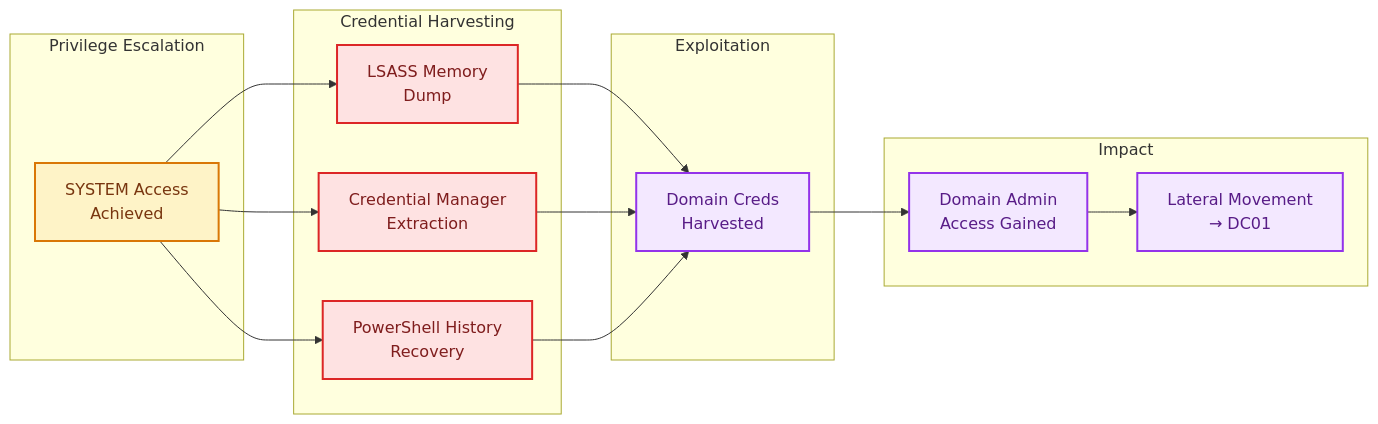
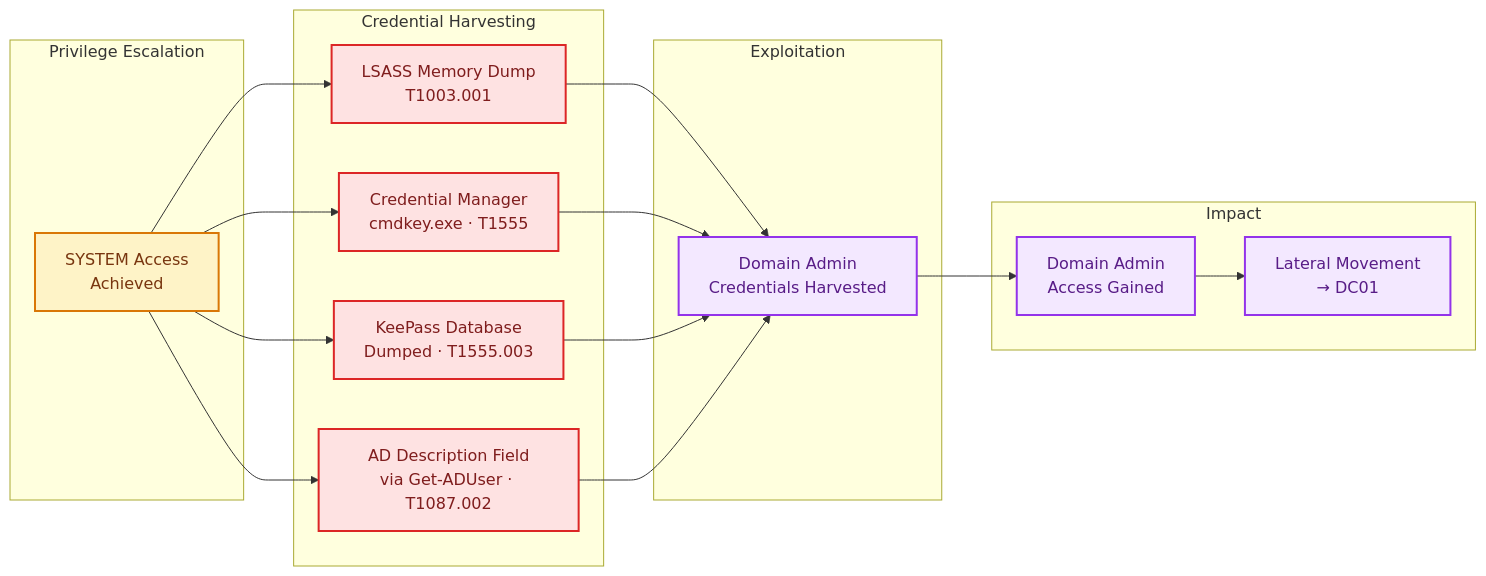
One commit to Danielle-Respes/Hidden-Directive-Threat-Hunt-Investigation-Sentinel-MDE-2026 changed the third of 3 diagrams in README.md. Above: the diagram before and after it, drawn with Mermaid. The commit also changed other lines of this file, not shown here.

````diff
--- a/README.md
+++ b/README.md
@@ -481,38 +487,41 @@
 ```mermaid
 graph LR
     subgraph Escalation["Privilege Escalation"]
         A["SYSTEM Access<br/>Achieved"]
     end
 
     subgraph Harvest["Credential Harvesting"]
-        B["LSASS Memory<br/>Dump"]
-        F["Credential Manager<br/>Extraction"]
-        G["PowerShell History<br/>Recovery"]
+        B["LSASS Memory Dump<br/>T1003.001"]
+        F["Credential Manager<br/>cmdkey.exe · T1555"]
+        G["KeePass Database<br/>Dumped · T1555.003"]
+        H["AD Description Field<br/>via Get-ADUser · T1087.002"]
     end
 
     subgraph Exploit["Exploitation"]
-        C["Domain Creds<br/>Harvested"]
+        C["Domain Admin<br/>Credentials Harvested"]
     end
 
     subgraph Impact["Impact"]
         D["Domain Admin<br/>Access Gained"]
         E["Lateral Movement<br/>→ DC01"]
     end
 
     A --> B
     A --> F
     A --> G
+    A --> H
     B --> C
     F --> C
     G --> C
+    H --> C
     C --> D
     D --> E
 
     classDef escalation fill:#fef3c7,stroke:#d97706,stroke-width:2px,color:#78350f
     classDef harvest fill:#fee2e2,stroke:#dc2626,stroke-width:2px,color:#7f1d1d
     classDef impact fill:#f3e8ff,stroke:#9333ea,stroke-width:2px,color:#581c87
 
     class A escalation
-    class B,F,G harvest
+    class B,F,G,H harvest
     class C,D,E impact
 ```
````
